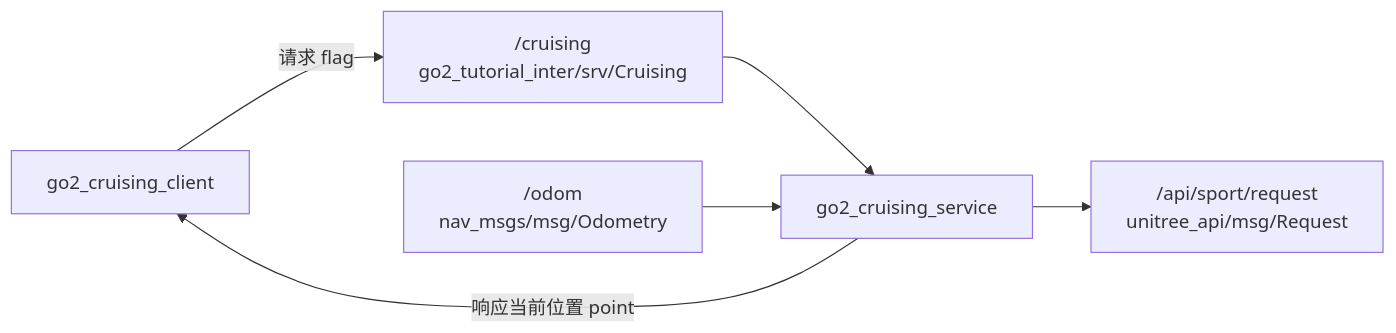
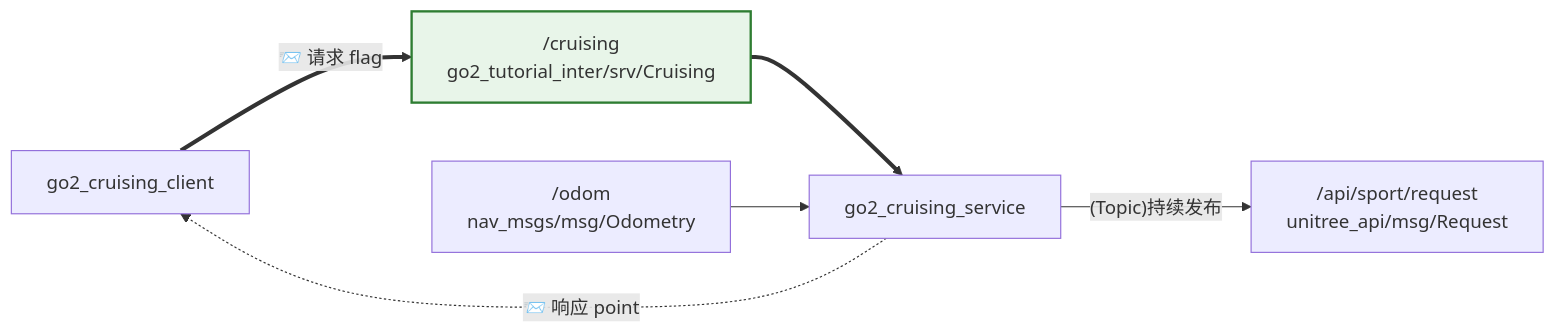
The diagram in docs/03-communication/08-service.md (ztl3106742440-hub/go2-tutorial), drawn with Mermaid before and after one commit. The commit also changed other lines of this file and 9 other files, not shown here.

````diff
--- a/docs/03-communication/08-service.md
+++ b/docs/03-communication/08-service.md
@@ -27,8 +34,11 @@
 ```mermaid
 flowchart LR
-    A[go2_cruising_client] -->|请求 flag| B["/cruising<br/>go2_tutorial_inter/srv/Cruising"]
-    B --> C[go2_cruising_service]
-    C --> D["/api/sport/request<br/>unitree_api/msg/Request"]
+    A[go2_cruising_client] ==>|"📨 请求 flag"| B["/cruising<br/>go2_tutorial_inter/srv/Cruising"]
+    B ==> C[go2_cruising_service]
+    C -.->|"📨 响应 point"| A
+    C -->|"(Topic)持续发布"| D["/api/sport/request<br/>unitree_api/msg/Request"]
     E["/odom<br/>nav_msgs/msg/Odometry"] --> C
-    C -->|响应当前位置 point| A
+    
+    classDef service fill:#e8f5e9,stroke:#2e7d32,stroke-width:2px
+    class B service
 ```
````
